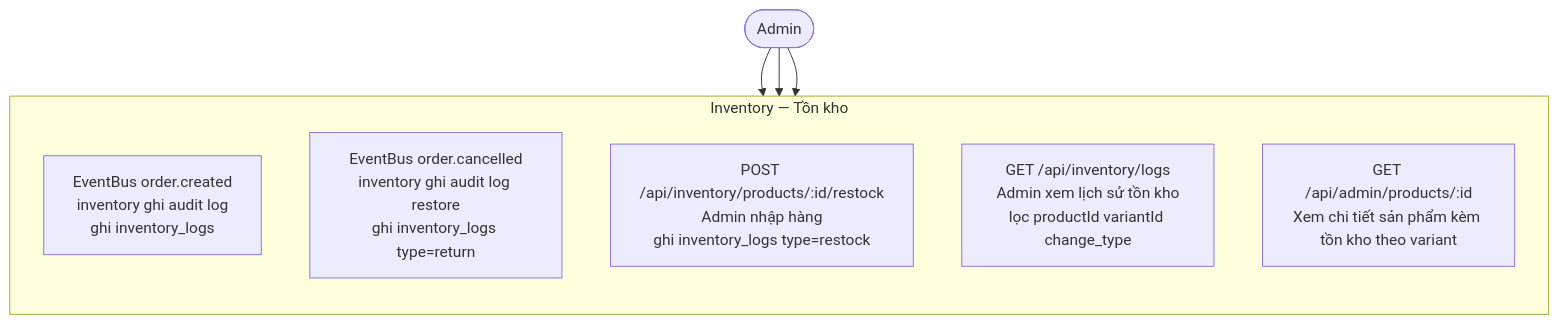
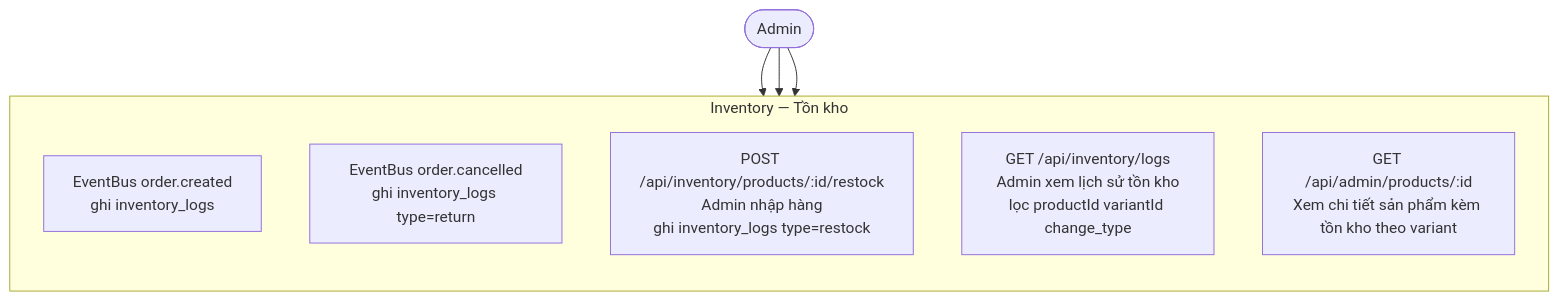
Before and after one commit to MinhThang1009/E-commerce-website: the seventh of 28 diagrams in DIAGRAMS.md, drawn with Mermaid. The commit also changed other lines of this file and 306 other files, not shown here.

First line of the commit message:
refactor: xóa Redis, AuditLog, cache middleware và dọn test files

````diff
--- a/DIAGRAMS.md
+++ b/DIAGRAMS.md
@@ -293,17 +292,17 @@
 ```mermaid
 flowchart TB
     Admin(["Admin"])
 
     subgraph INVENTORY["Inventory — Tồn kho"]
         direction TB
-        I1["EventBus order.created\ninventory ghi audit log\nghi inventory_logs"]
-        I2["EventBus order.cancelled\ninventory ghi audit log restore\nghi inventory_logs type=return"]
+        I1["EventBus order.created\nghi inventory_logs"]
+        I2["EventBus order.cancelled\nghi inventory_logs type=return"]
         I3["POST /api/inventory/products/:id/restock\nAdmin nhập hàng\nghi inventory_logs type=restock"]
         I4["GET /api/inventory/logs\nAdmin xem lịch sử tồn kho\nlọc productId variantId change_type"]
         I5["GET /api/admin/products/:id\nXem chi tiết sản phẩm kèm tồn kho theo variant"]
     end
 
     Admin --> I3
     Admin --> I4
     Admin --> I5
 ```
````
